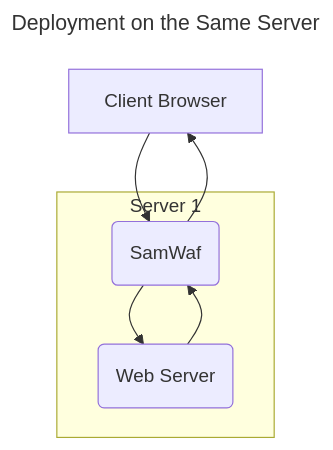
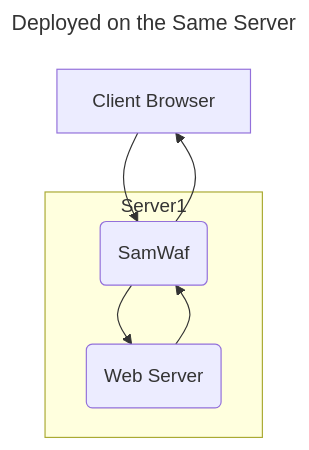
One commit to samwafgo/samwaf.github.io changed the first of 2 diagrams in docs/en/guide/Host.md. Above: the diagram before and after it, drawn with Mermaid. The commit also changed other lines of this file and 12 other files, not shown here.

````diff
--- a/docs/en/guide/Host.md
+++ b/docs/en/guide/Host.md
@@ -11,15 +13,15 @@
 ```mermaid
 ---
-title: Deployment on the Same Server
+title: Deployed on the Same Server
 ---
 flowchart TB
     A[Client Browser]
 	B(SamWaf)
 	C(Web Server)
 	A --> B  
 	B --> A
-	subgraph Server 1
+	subgraph Server1
     B --> C
     C --> B
     end
 ```
````
